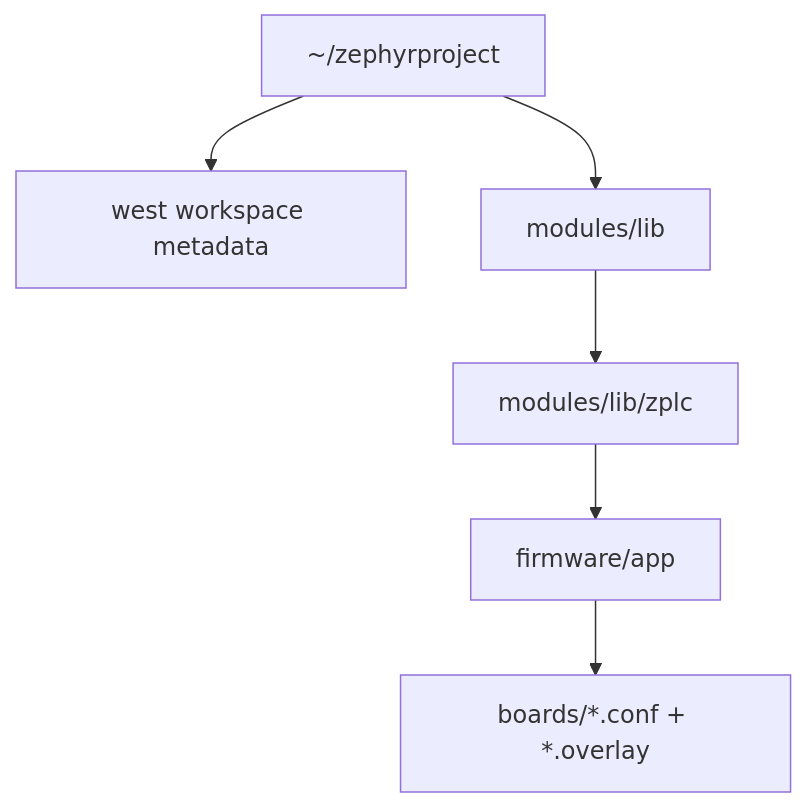
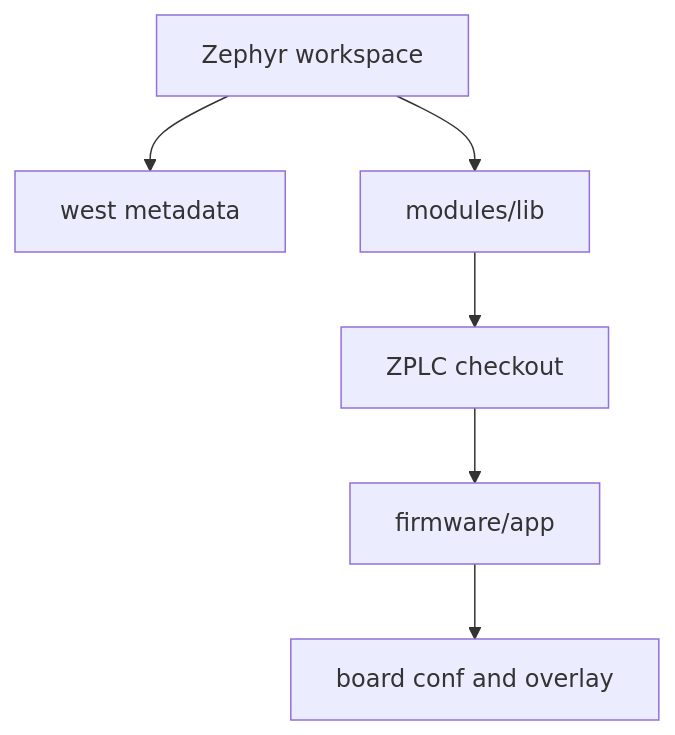
The diagram in docs/docs/reference/zephyr-workspace-setup.md (eduardojvieira/ZPLC), drawn with Mermaid before and after one commit. The commit also changed other lines of this file and 63 other files, not shown here.

````diff
--- a/docs/docs/reference/zephyr-workspace-setup.md
+++ b/docs/docs/reference/zephyr-workspace-setup.md
@@ -25,9 +31,9 @@
 ```mermaid
 flowchart TD
-  ROOT[~/zephyrproject]
-  ROOT --> WEST[west workspace metadata]
+  ROOT[Zephyr workspace]
+  ROOT --> WEST[west metadata]
   ROOT --> MODULES[modules/lib]
-  MODULES --> ZPLC[modules/lib/zplc]
+  MODULES --> ZPLC[ZPLC checkout]
   ZPLC --> APP[firmware/app]
-  APP --> BOARDS[boards/*.conf + *.overlay]
+  APP --> BOARDS[board conf and overlay]
 ```
````
